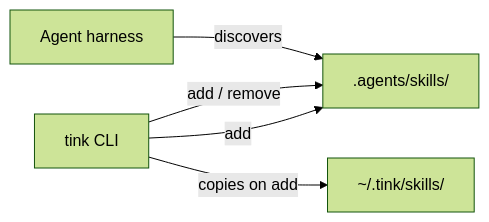
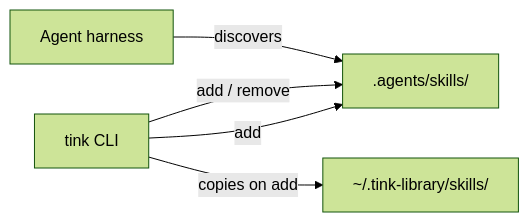
The diagram in README.md (jon-devlapaz/tink), drawn with Mermaid (forest theme) before and after one commit. The commit also changed other lines of this file and 8 other files, not shown here.

Commit message:
refactor: rename default home root to .tink-library

````diff
--- a/README.md
+++ b/README.md
@@ -111,12 +111,12 @@
 ```mermaid
 flowchart LR
   agent["Agent harness"]
   tink["tink CLI"]
   live[".agents/skills/"]
-  library["~/.tink/skills/"]
+  library["~/.tink-library/skills/"]
 
   agent -->|"discovers"| live
   tink -->|"add / remove"| live
   tink -->|"copies on add"| library
   tink -->|"add <library-name>"| live
 ```
````
